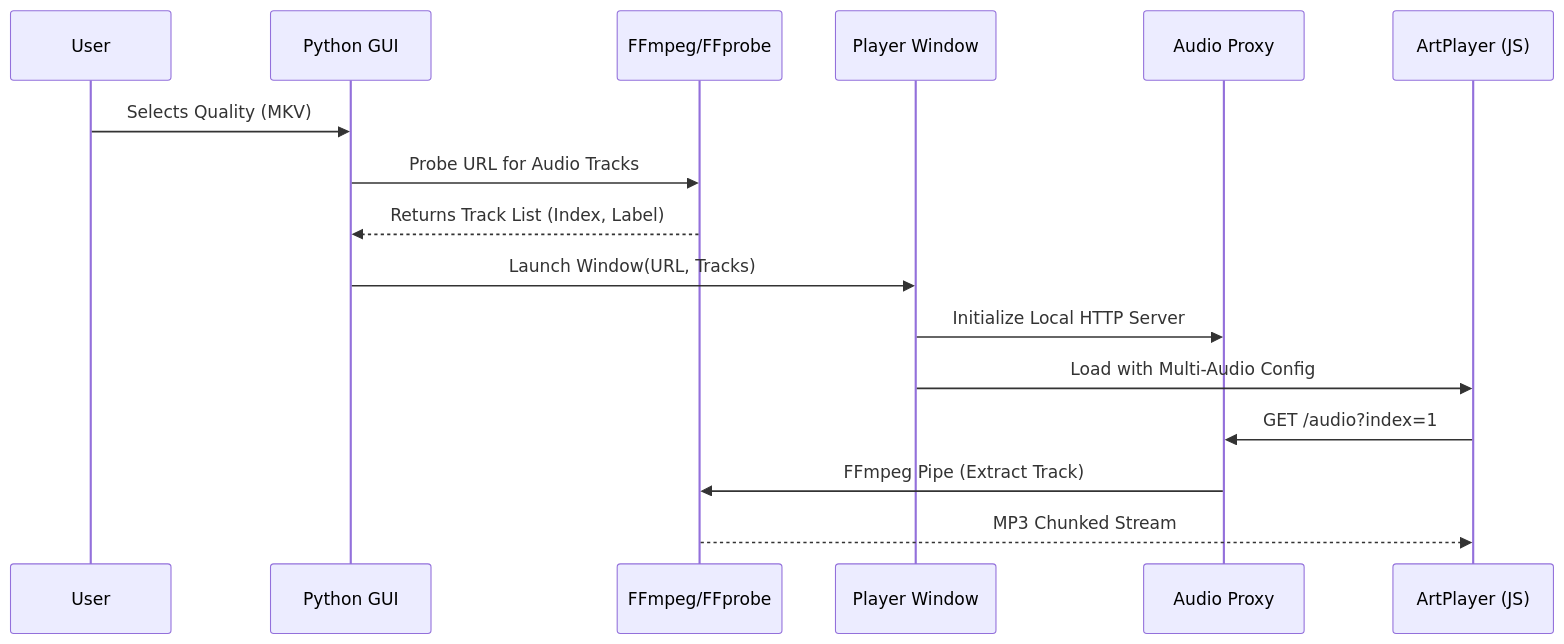
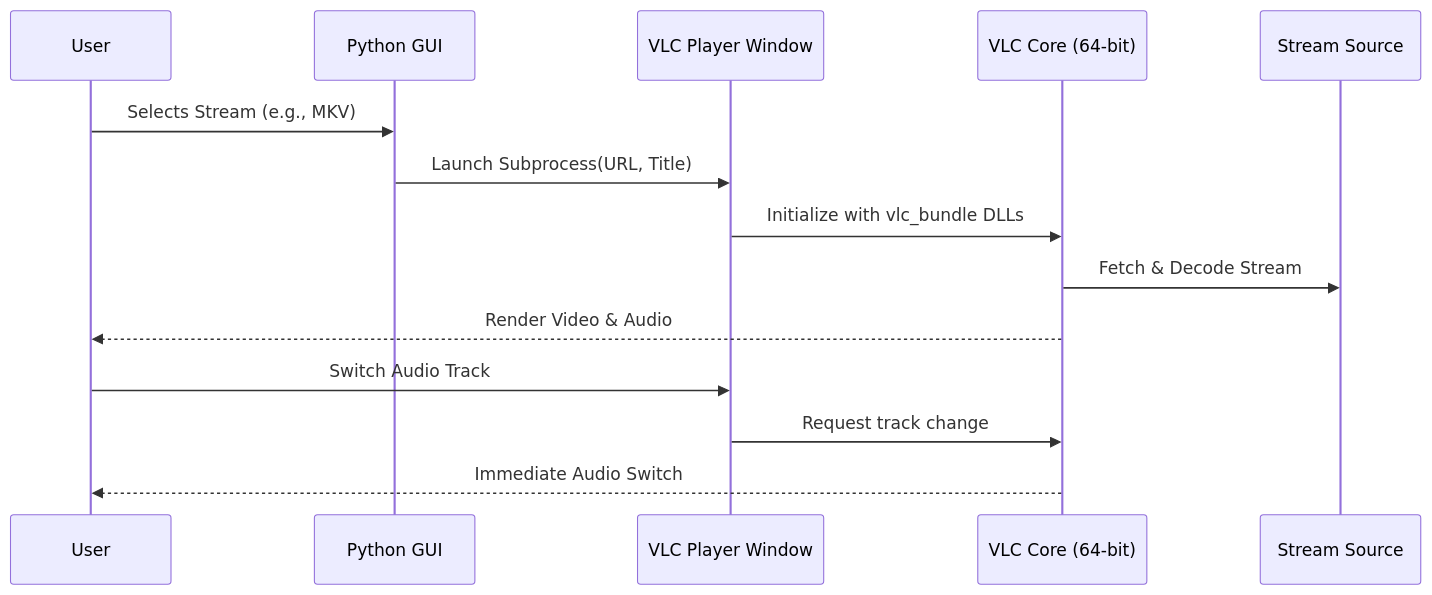
Before and after one commit to angel7544/vega-providers: the third of 3 diagrams in architecture.md, drawn with Mermaid. The commit also changed other lines of this file and 374 other files, not shown here.

Commit message:
feat: bundle VLC libraries and plugins into the project distribution

````diff
--- a/architecture.md
+++ b/architecture.md
@@ -94,19 +98,17 @@
 ```mermaid
 sequenceDiagram
     participant User
     participant GUI as Python GUI
-    participant FF as FFmpeg/FFprobe
-    participant Win as Player Window
-    participant Serv as Audio Proxy
-    participant Art as ArtPlayer (JS)
+    participant Win as VLC Player Window
+    participant VLC as VLC Core (64-bit)
+    participant Web as Stream Source
 
-    User->>GUI: Selects Quality (MKV)
-    GUI->>FF: Probe URL for Audio Tracks
-    FF-->>GUI: Returns Track List (Index, Label)
-    GUI->>Win: Launch Window(URL, Tracks)
-    Win->>Serv: Initialize Local HTTP Server
-    Win->>Art: Load with Multi-Audio Config
-    Art->>Serv: GET /audio?index=1
-    Serv->>FF: FFmpeg Pipe (Extract Track)
-    FF-->>Art: MP3 Chunked Stream
+    User->>GUI: Selects Stream (e.g., MKV)
+    GUI->>Win: Launch Subprocess(URL, Title)
+    Win->>VLC: Initialize with vlc_bundle DLLs
+    VLC->>Web: Fetch & Decode Stream
+    VLC-->>User: Render Video & Audio
+    User->>Win: Switch Audio Track
+    Win->>VLC: Request track change
+    VLC-->>User: Immediate Audio Switch
 ```
````
